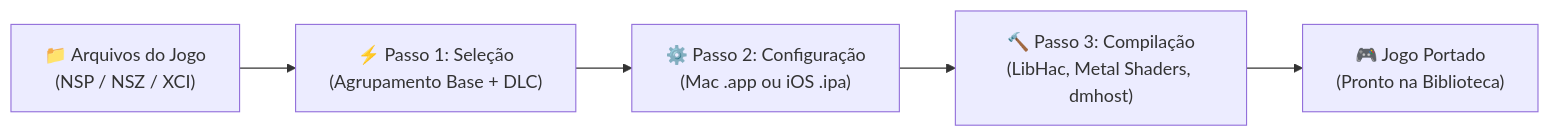
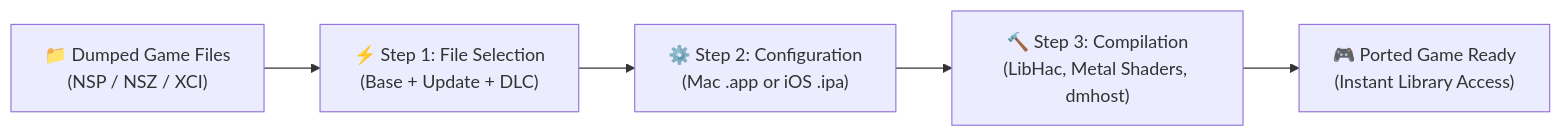
One commit to seedds/nxnative changed the diagram in README.md. Above: the diagram before and after it, drawn with Mermaid. The commit also changed other lines of this file and 4 other files, not shown here.

````diff
--- a/README.md
+++ b/README.md
@@ -193,7 +194,7 @@
 ```mermaid
 flowchart LR
-    A["📁 Arquivos do Jogo<br/>(NSP / NSZ / XCI)"] --> B["⚡ Passo 1: Seleção<br/>(Agrupamento Base + DLC)"]
-    B --> C["⚙️ Passo 2: Configuração<br/>(Mac .app ou iOS .ipa)"]
-    C --> D["🔨 Passo 3: Compilação<br/>(LibHac, Metal Shaders, dmhost)"]
-    D --> E["🎮 Jogo Portado<br/>(Pronto na Biblioteca)"]
+    A["📁 Dumped Game Files<br/>(NSP / NSZ / XCI)"] --> B["⚡ Step 1: File Selection<br/>(Base + Update + DLC)"]
+    B --> C["⚙️ Step 2: Configuration<br/>(Mac .app or iOS .ipa)"]
+    C --> D["🔨 Step 3: Compilation<br/>(LibHac, Metal Shaders, dmhost)"]
+    D --> E["🎮 Ported Game Ready<br/>(Instant Library Access)"]
 ```
````
